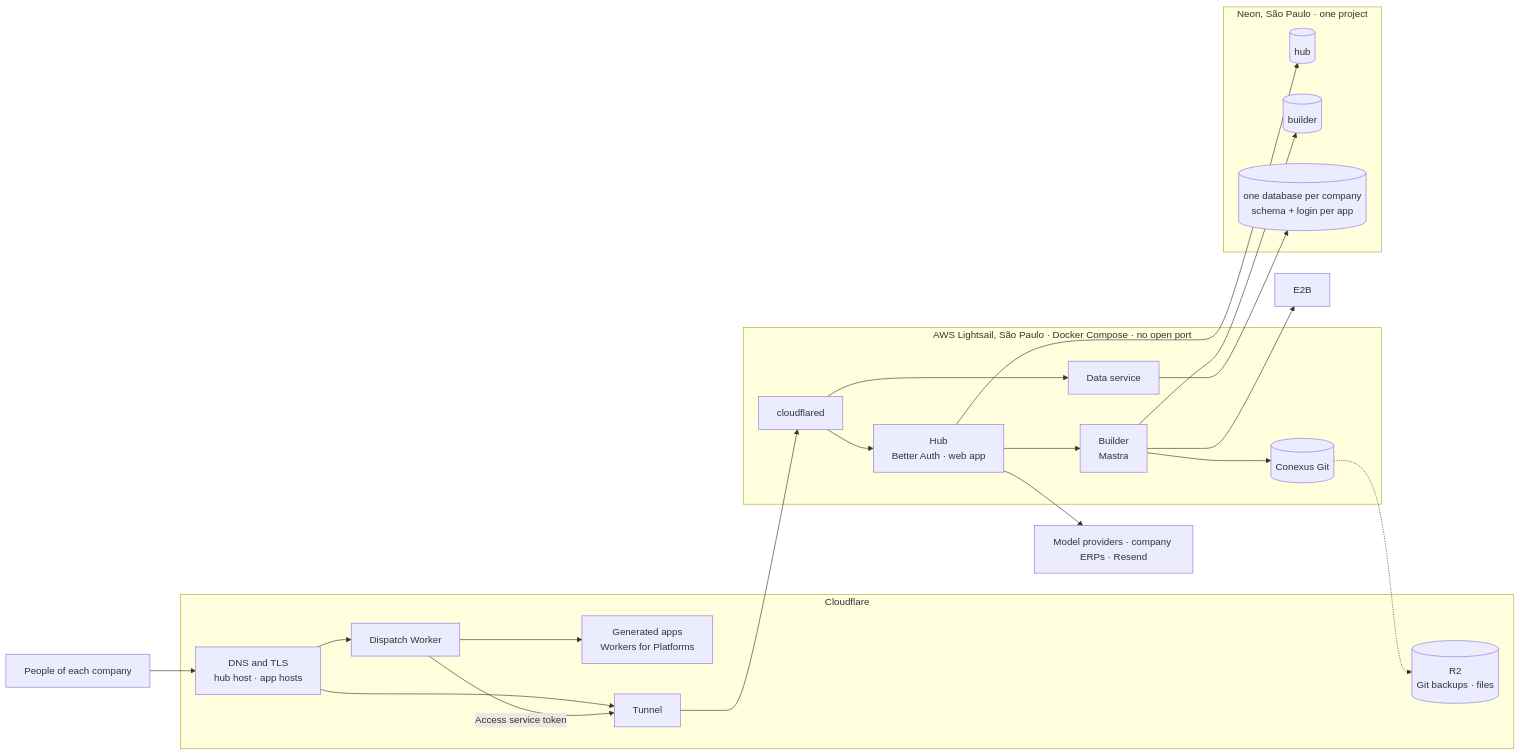
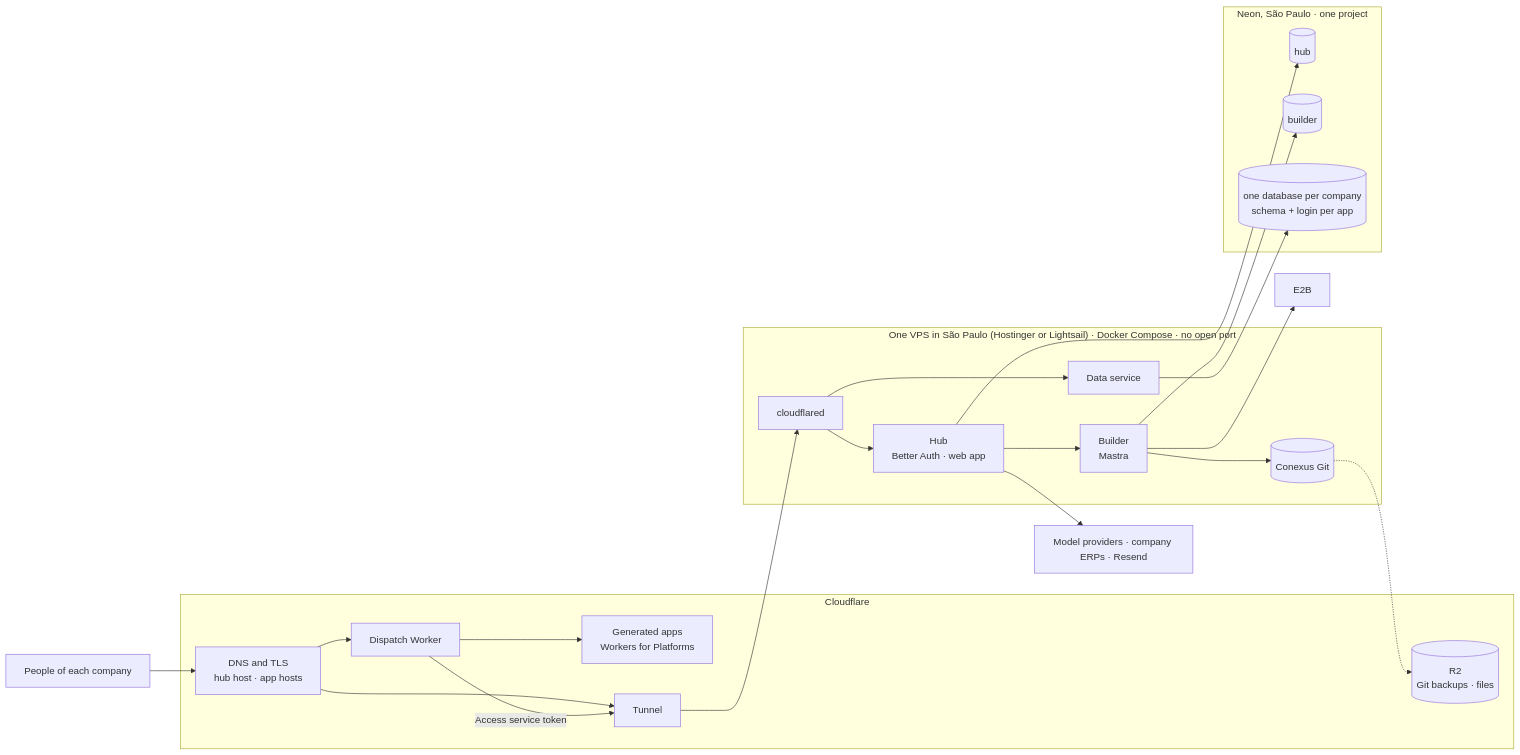
One commit to developmentconexus-ops/conexus-os changed the diagram in docs/research/deployment/study.md. Above: the diagram before and after it, drawn with Mermaid. The commit also changed other lines of this file and 1 other file, not shown here.

First line of the commit message:
docs(research): Brazilian VPS hosts in the deployment study and cost model

````diff
--- a/docs/research/deployment/study.md
+++ b/docs/research/deployment/study.md
@@ -449,40 +491,40 @@
 ```mermaid
 flowchart LR
   people["People of each company"]
   subgraph cf["Cloudflare"]
     edge["DNS and TLS<br/>hub host · app hosts"]
     dispatch["Dispatch Worker"]
     apps["Generated apps<br/>Workers for Platforms"]
     tunnel["Tunnel"]
     r2[("R2<br/>Git backups · files")]
   end
-  subgraph vm["AWS Lightsail, São Paulo · Docker Compose · no open port"]
+  subgraph vm["One VPS in São Paulo (Hostinger or Lightsail) · Docker Compose · no open port"]
     cfd["cloudflared"]
     hub["Hub<br/>Better Auth · web app"]
     builder["Builder<br/>Mastra"]
     data["Data service"]
     git[("Conexus Git")]
   end
   subgraph neon["Neon, São Paulo · one project"]
     hubdb[("hub")]
     builderdb[("builder")]
     companies[("one database per company<br/>schema + login per app")]
   end
   e2b["E2B"]
   outside["Model providers · company ERPs · Resend"]
   people --> edge
   edge --> dispatch --> apps
   edge --> tunnel
   dispatch -- "Access service token" --> tunnel
   tunnel --> cfd
   cfd --> hub
   cfd --> data
   hub --> builder
   hub --> hubdb
   builder --> builderdb
   builder --> git
   data --> companies
   builder --> e2b
   hub --> outside
   git -.-> r2
 ```
````
